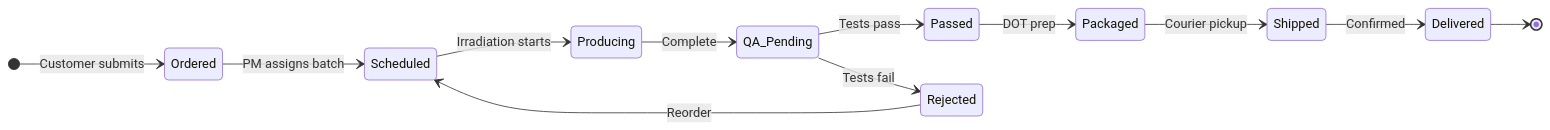
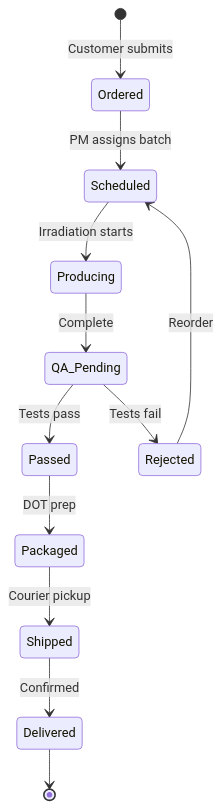
Before and after one commit to benjaminbooth/neutron-os-core: the diagram in docs/prd/medical-isotope-prd.md, drawn with Mermaid. The commit also changed other lines of this file and 365 other files, not shown here.

````diff
--- a/docs/prd/medical-isotope-prd.md
+++ b/docs/prd/medical-isotope-prd.md
@@ -81,19 +87,14 @@
 ```mermaid
 stateDiagram-v2
-    direction LR
-    
     [*] --> Ordered: Customer submits
     Ordered --> Scheduled: PM assigns batch
     Scheduled --> Producing: Irradiation starts
     Producing --> QA_Pending: Complete
-    
     QA_Pending --> Passed: Tests pass
     QA_Pending --> Rejected: Tests fail
-    
     Passed --> Packaged: DOT prep
     Packaged --> Shipped: Courier pickup
     Shipped --> Delivered: Confirmed
     Delivered --> [*]
-    
     Rejected --> Scheduled: Reorder
 ```
````
